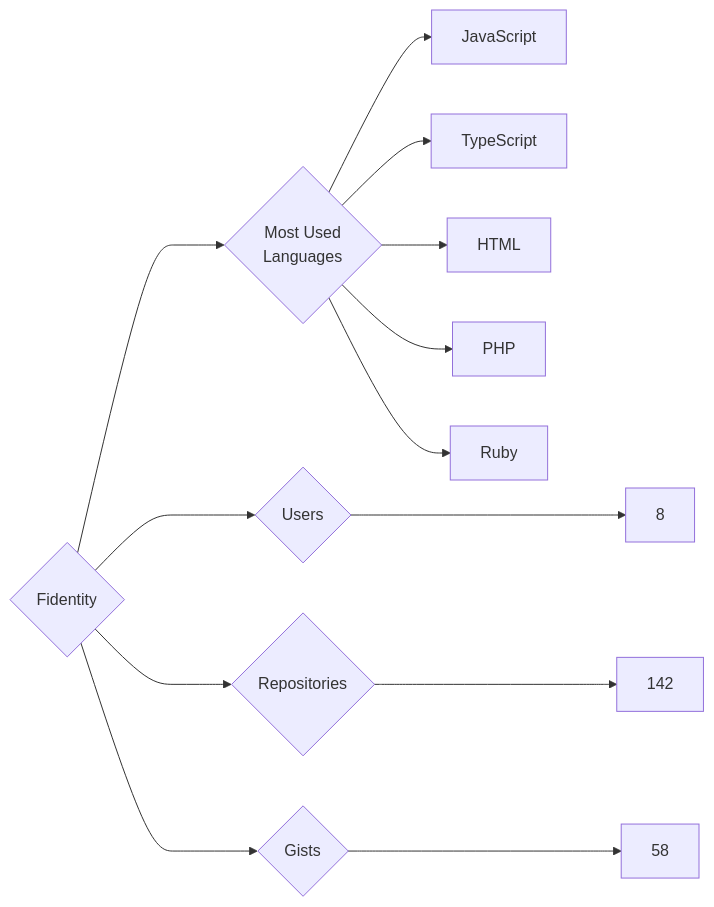
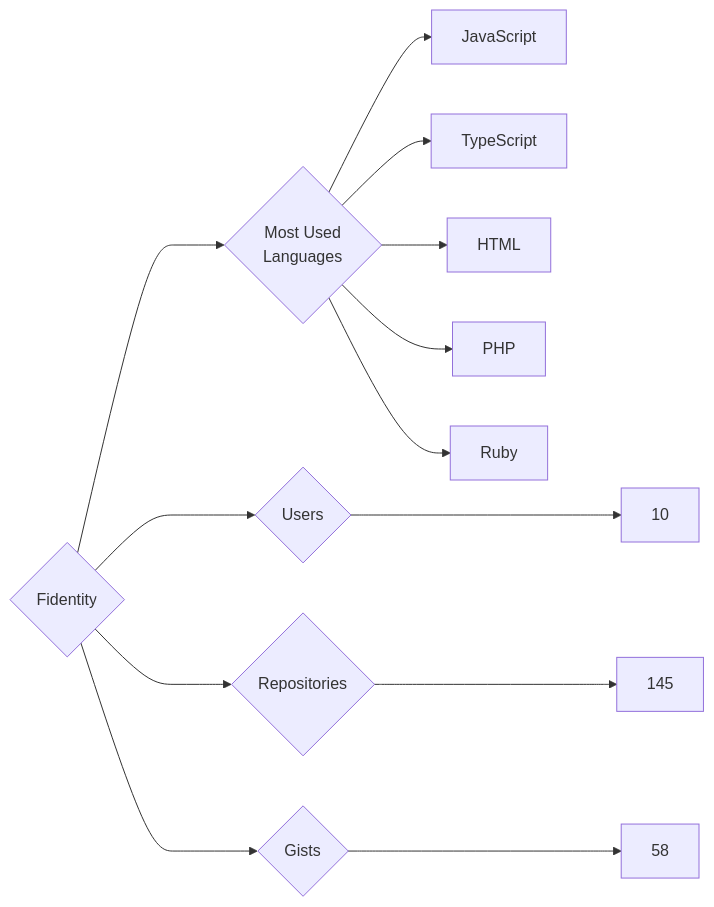
The diagram in targets/Fidentity/README.md (trickest/insiders), drawn with Mermaid before and after one commit. The commit also changed 1084 other files, not shown here.

````diff
--- a/targets/Fidentity/README.md
+++ b/targets/Fidentity/README.md
@@ -3,13 +3,13 @@
 ```mermaid
 graph LR
 COMPANY_NAME{Fidentity}
-COMPANY_NAME ---> U{Users} ---> UN[8]
-COMPANY_NAME ---> R{Repositories} ---> RN[142]
+COMPANY_NAME ---> U{Users} ---> UN[10]
+COMPANY_NAME ---> R{Repositories} ---> RN[145]
 COMPANY_NAME ---> G{Gists} ---> GN[58]
 COMPANY_NAME ---> ML{Most Used<br>Languages}
 ML --> JavaScript[JavaScript]
 ML --> TypeScript[TypeScript]
 ML --> HTML[HTML]
 ML --> PHP[PHP]
 ML --> Ruby[Ruby]
 ```
````
